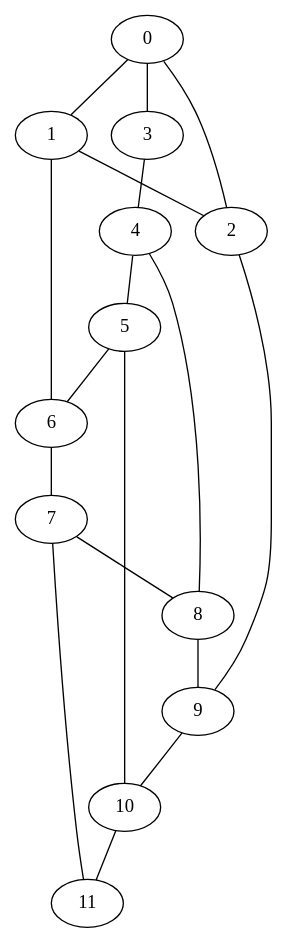
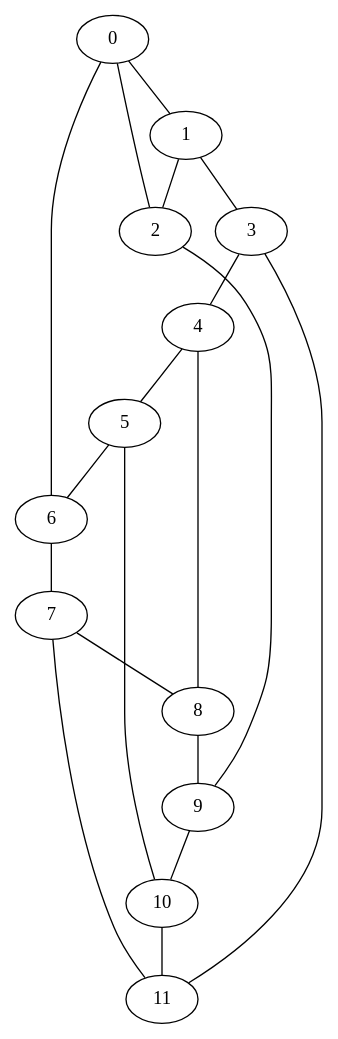
The diagram in samples/graph_Tietze.dot (skramm/udgcd), drawn with Graphviz before and after one commit. The commit also changed 3 other files, not shown here.

```diff
--- a/samples/graph_Tietze.dot
+++ b/samples/graph_Tietze.dot
@@ -1,32 +1,50 @@
 # see https://en.wikipedia.org/wiki/Tietze%27s_graph
 
 
 graph G {
 
-0[root="true"];
 
 # inner triangle
+0 [pos="-1,0!"];
+1 [pos="+1,0!"];
+2 [pos="0,1.5!"];
 0--1;
 1--2;
 2--0;
 
 
 # outside perimeter
+
+
+4 [pos="+1.5,-3!"];
+5 [pos="-1.5,-3!"];
+
 3--4;
 4--5;
 5--6;
 6--7;
 7--8;
 8--9;
 9--10;
 10--11;
+3--11;
 
+9 [pos="0,4!"];
 
-0--3;
-1--6;
+6 [pos="-4,-1!"];
+3 [pos="+4,-1!"];
+
+1--3;
+0--6;
 2--9;
+
+8 [pos="-3,3!"];
+10 [pos="+3,3!"];
+
+7 [pos="-4,2!"];
+11 [pos="+4,2!"];
 
 4--8;
 5--10;
 7--11;
 }
```
